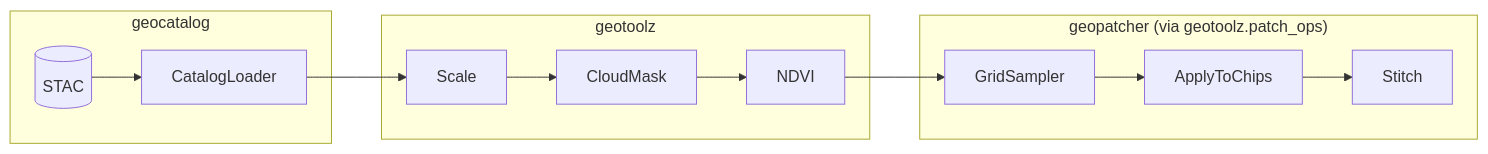
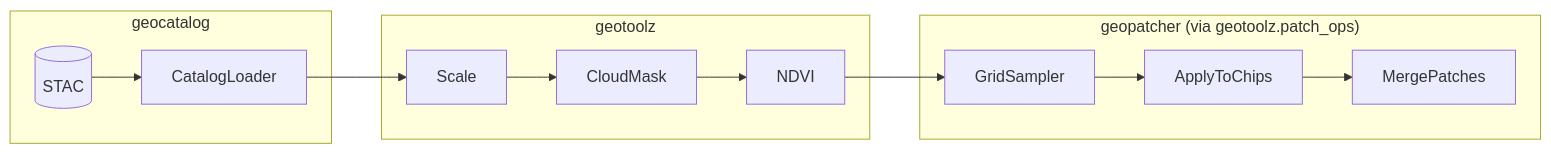
The seventh of 7 diagrams in docs/concepts.md (jejjohnson/geotoolz), drawn with Mermaid before and after one commit. The commit also changed other lines of this file and 16 other files, not shown here.

````diff
--- a/docs/concepts.md
+++ b/docs/concepts.md
@@ -247,14 +247,14 @@
 ```mermaid
 flowchart LR
     subgraph cat["geocatalog"]
         STAC[(STAC)] --> Loader[CatalogLoader]
     end
     subgraph tools["geotoolz"]
         Op1[Scale] --> Op2[CloudMask] --> Op3[NDVI]
     end
     subgraph patch["geopatcher (via geotoolz.patch_ops)"]
-        GS[GridSampler] --> AC[ApplyToChips] --> St[Stitch]
+        GS[GridSampler] --> AC[ApplyToChips] --> St[MergePatches]
     end
     Loader --> Op1
     Op3 --> GS
 ```
````
